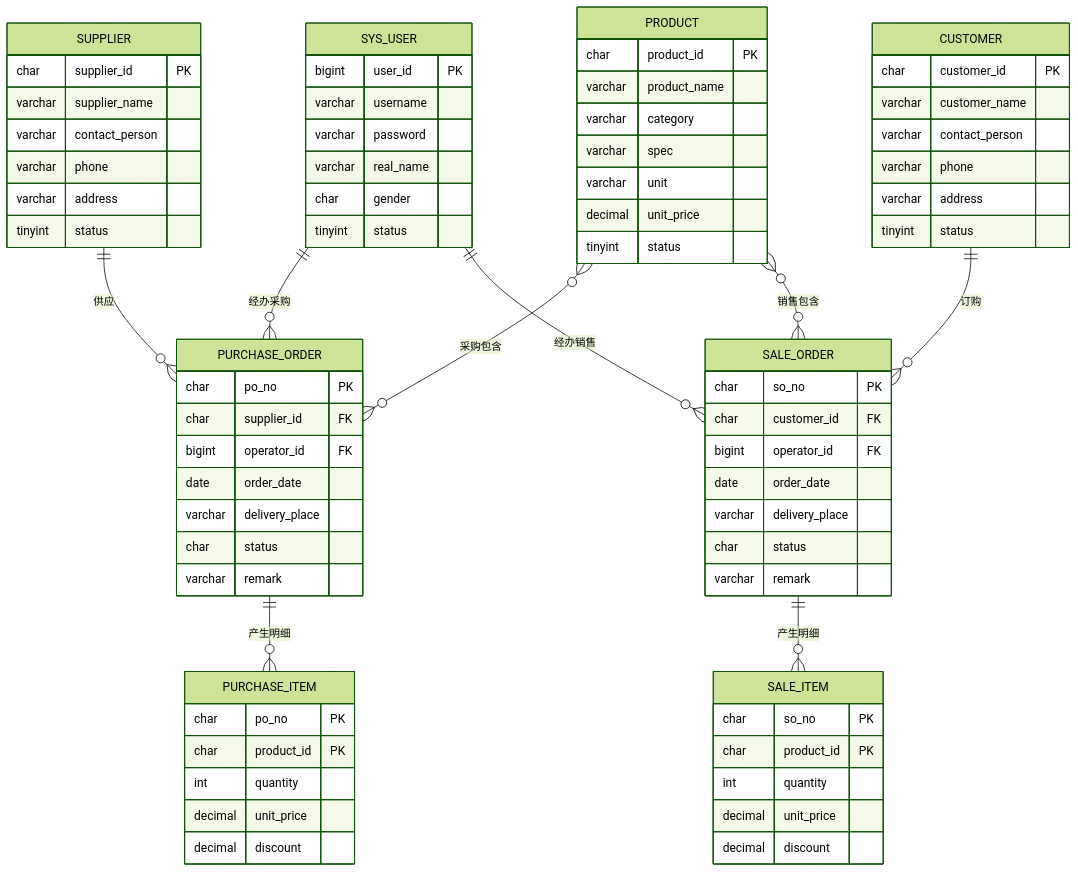
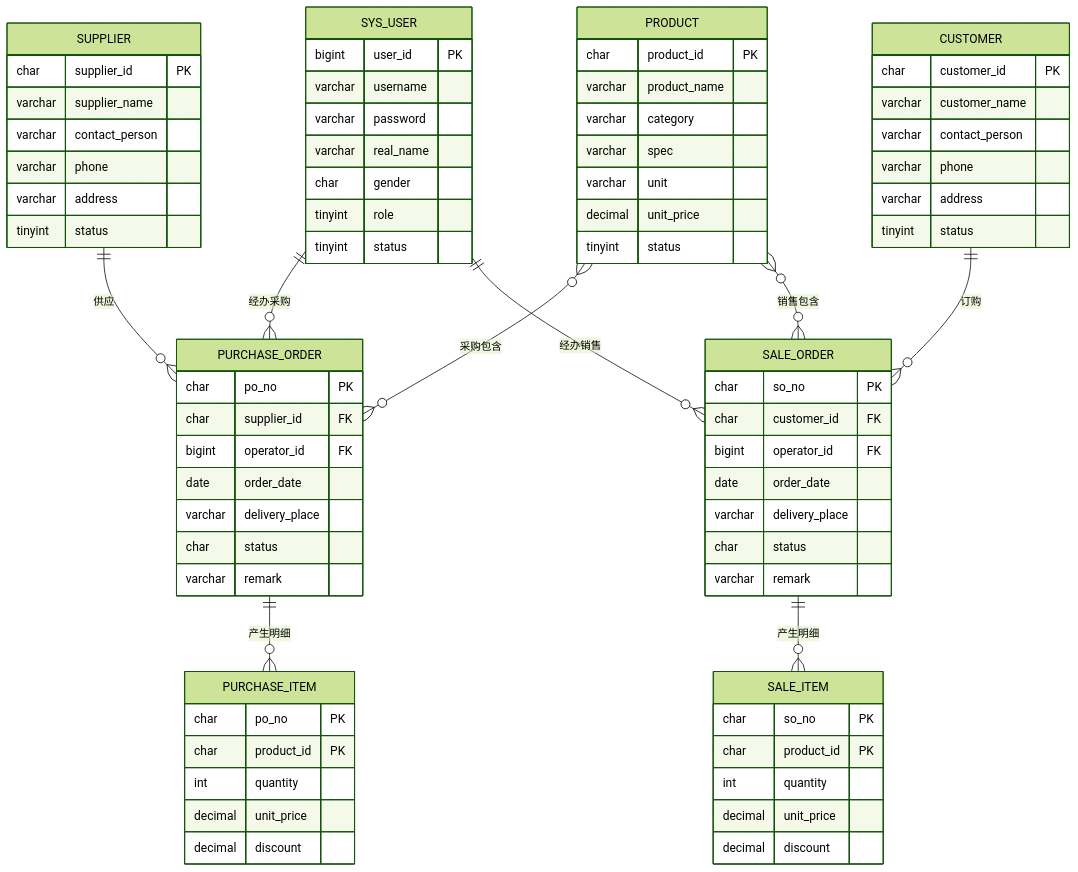
The second of 2 diagrams in docs/01-ER模型设计.md (PoloQi/ShopKeeper), drawn with Mermaid (forest theme) before and after one commit. The commit also changed other lines of this file and 2 other files, not shown here.

Commit message:
docs: ER 模型与数据库设计同步角色属性（42 属性）

````diff
--- a/docs/01-ER模型设计.md
+++ b/docs/01-ER模型设计.md
@@ -376,77 +377,78 @@
 ```mermaid
 erDiagram
     SYS_USER ||--o{ PURCHASE_ORDER : "经办采购"
     SYS_USER ||--o{ SALE_ORDER     : "经办销售"
     SUPPLIER ||--o{ PURCHASE_ORDER : "供应"
     CUSTOMER ||--o{ SALE_ORDER     : "订购"
     PURCHASE_ORDER ||--o{ PURCHASE_ITEM : "产生明细"
     SALE_ORDER ||--o{ SALE_ITEM : "产生明细"
     PRODUCT }o--o{ PURCHASE_ORDER : "采购包含"
     PRODUCT }o--o{ SALE_ORDER     : "销售包含"
 
     SYS_USER {
         bigint user_id PK
         varchar username
         varchar password
         varchar real_name
         char gender
+        tinyint role
         tinyint status
     }
     CUSTOMER {
         char customer_id PK
         varchar customer_name
         varchar contact_person
         varchar phone
         varchar address
         tinyint status
     }
     SUPPLIER {
         char supplier_id PK
         varchar supplier_name
         varchar contact_person
         varchar phone
         varchar address
         tinyint status
     }
     PRODUCT {
         char product_id PK
         varchar product_name
         varchar category
         varchar spec
         varchar unit
         decimal unit_price
         tinyint status
     }
     PURCHASE_ORDER {
         char po_no PK
         char supplier_id FK
         bigint operator_id FK
         date order_date
         varchar delivery_place
         char status
         varchar remark
     }
     PURCHASE_ITEM {
         char po_no PK
         char product_id PK
         int quantity
         decimal unit_price
         decimal discount
     }
     SALE_ORDER {
         char so_no PK
         char customer_id FK
         bigint operator_id FK
         date order_date
         varchar delivery_place
         char status
         varchar remark
     }
     SALE_ITEM {
         char so_no PK
         char product_id PK
         int quantity
         decimal unit_price
         decimal discount
     }
 ```
````
